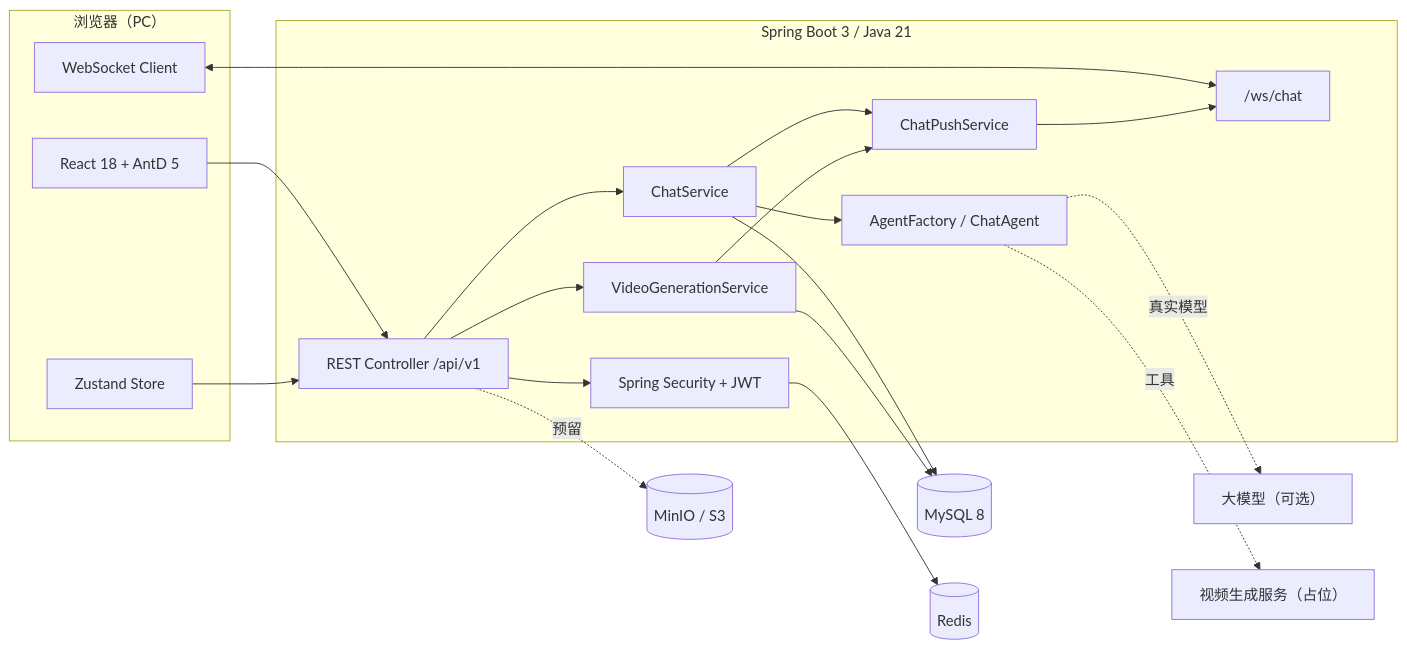
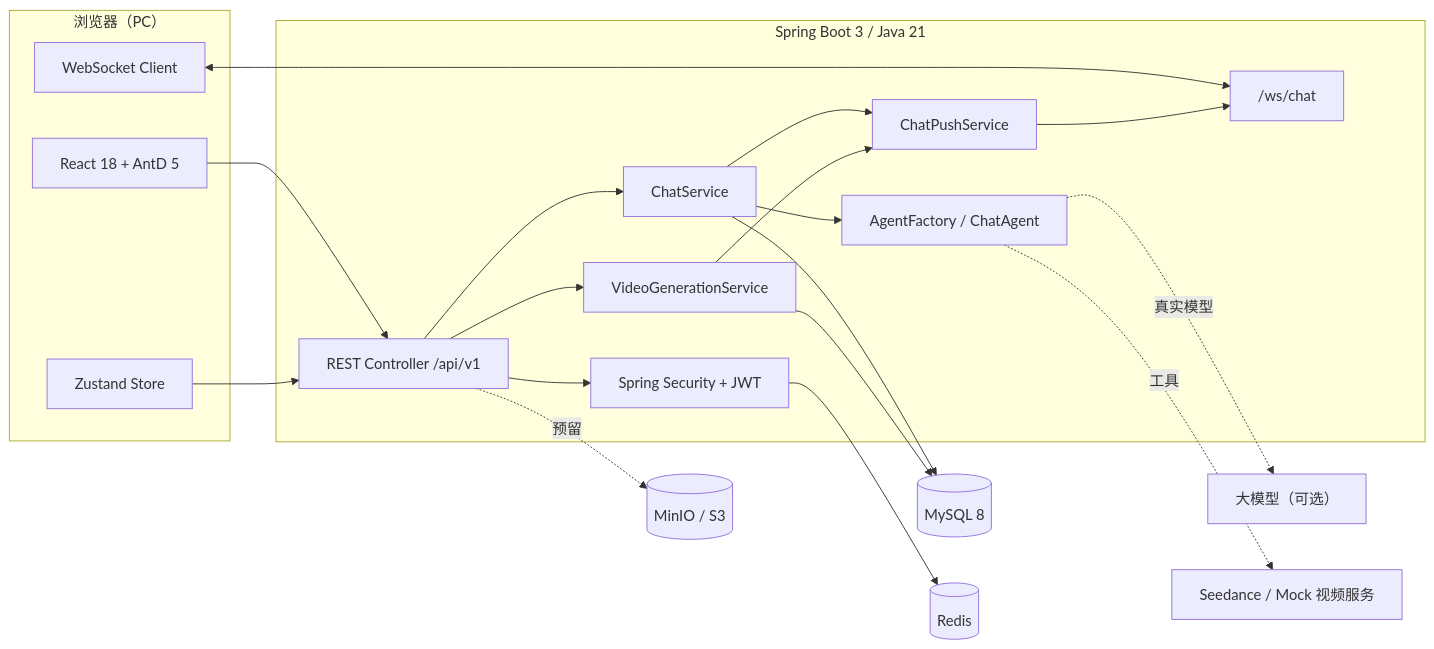
One commit to CaptainWYH/ai-video changed the first of 4 diagrams in docs/architecture.md. Above: the diagram before and after it, drawn with Mermaid. The commit also changed other lines of this file and 85 other files, not shown here.

````diff
--- a/docs/architecture.md
+++ b/docs/architecture.md
@@ -7,41 +7,41 @@
 ```mermaid
 flowchart LR
     subgraph Browser["浏览器（PC）"]
         UI["React 18 + AntD 5"]
         Store["Zustand Store"]
         WSClient["WebSocket Client"]
     end
 
     subgraph Backend["Spring Boot 3 / Java 21"]
         API["REST Controller /api/v1"]
         Auth["Spring Security + JWT"]
         Chat["ChatService"]
         Agent["AgentFactory / ChatAgent"]
         Video["VideoGenerationService"]
         Push["ChatPushService"]
         WS["/ws/chat"]
     end
 
     DB[("MySQL 8")]
     Redis[("Redis")]
     MinIO[("MinIO / S3")]
     LLM["大模型（可选）"]
-    VideoProvider["视频生成服务（占位）"]
+    VideoProvider["Seedance / Mock 视频服务"]
 
     UI --> API
     Store --> API
     WSClient <--> WS
     API --> Auth
     API --> Chat
     API --> Video
     Chat --> Agent
     Chat --> DB
     Chat --> Push
     Push --> WS
     Video --> DB
     Video --> Push
     Auth --> Redis
     Agent -. 真实模型 .-> LLM
     Agent -. 工具 .-> VideoProvider
     API -. 预留 .-> MinIO
 ```
````
